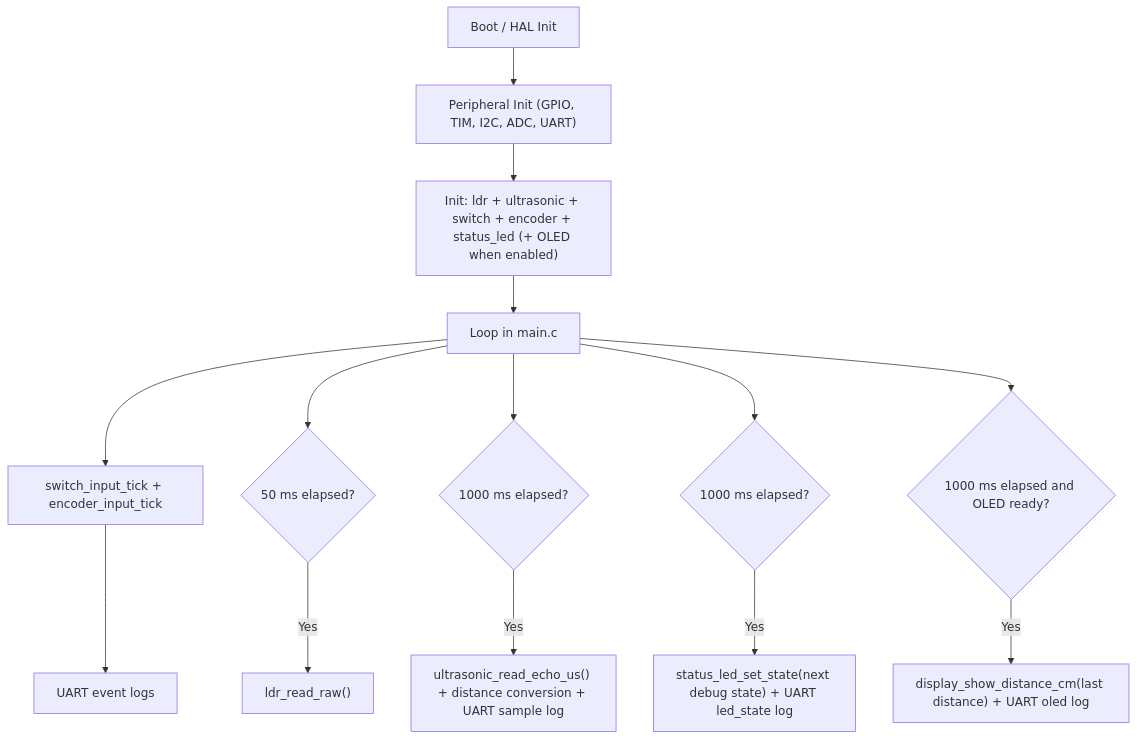
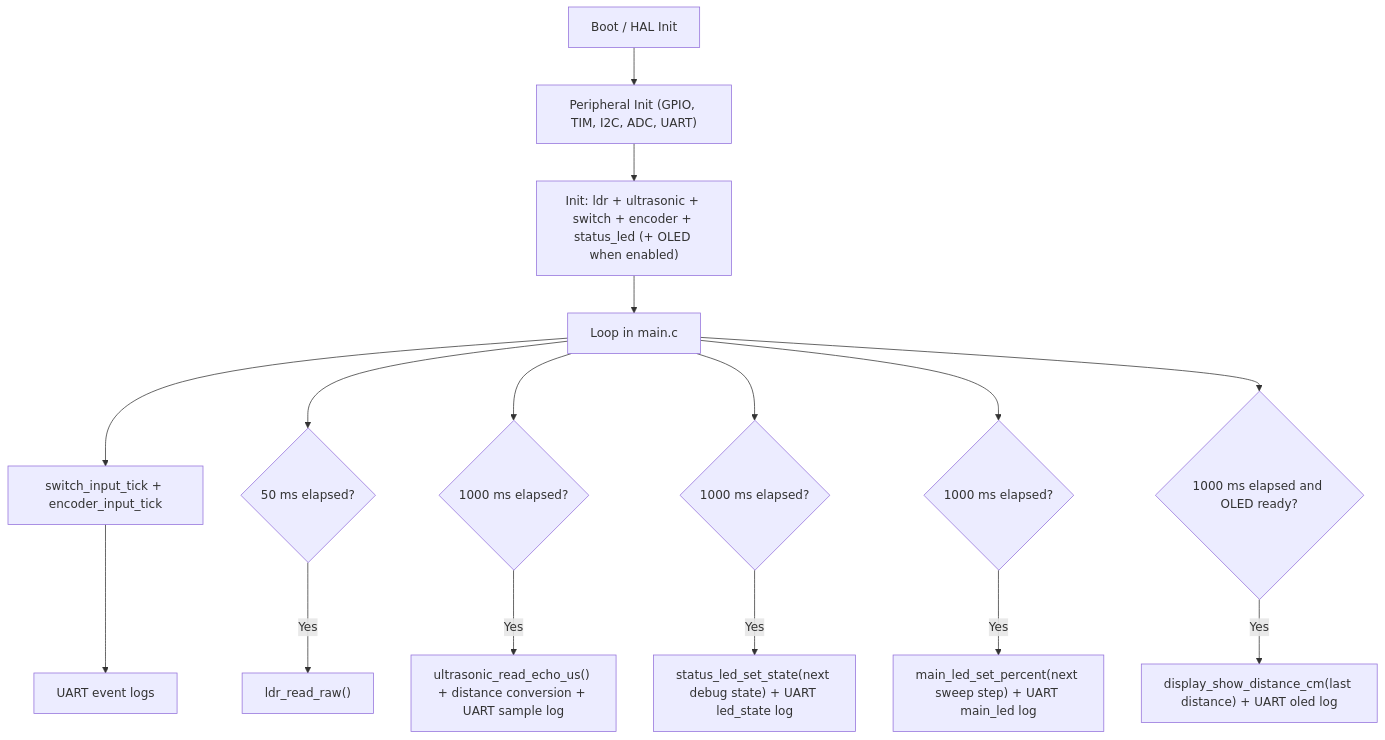
One commit to RJTPP/S-ADAPT-IoT changed the diagram in docs/architecture/Architecture.md. Above: the diagram before and after it, drawn with Mermaid. The commit also changed other lines of this file and 2 other files, not shown here.

Commit message:
docs(planning): capture driver-first snapshot and next-phase order

````diff
--- a/docs/architecture/Architecture.md
+++ b/docs/architecture/Architecture.md
@@ -33,16 +34,18 @@
 ```mermaid
 flowchart TD
     A["Boot / HAL Init"] --> B["Peripheral Init (GPIO, TIM, I2C, ADC, UART)"]
     B --> C["Init: ldr + ultrasonic + switch + encoder + status_led (+ OLED when enabled)"]
     C --> D["Loop in main.c"]
     D --> E["switch_input_tick + encoder_input_tick"]
     E --> F["UART event logs"]
     D --> G{"50 ms elapsed?"}
     G -- "Yes" --> H["ldr_read_raw()"]
     D --> I{"1000 ms elapsed?"}
     I -- "Yes" --> J["ultrasonic_read_echo_us() + distance conversion + UART sample log"]
     D --> K{"1000 ms elapsed?"}
     K -- "Yes" --> L["status_led_set_state(next debug state) + UART led_state log"]
-    D --> M{"1000 ms elapsed and OLED ready?"}
-    M -- "Yes" --> N["display_show_distance_cm(last distance) + UART oled log"]
+    D --> M{"1000 ms elapsed?"}
+    M -- "Yes" --> N["main_led_set_percent(next sweep step) + UART main_led log"]
+    D --> O{"1000 ms elapsed and OLED ready?"}
+    O -- "Yes" --> P["display_show_distance_cm(last distance) + UART oled log"]
 ```
````
